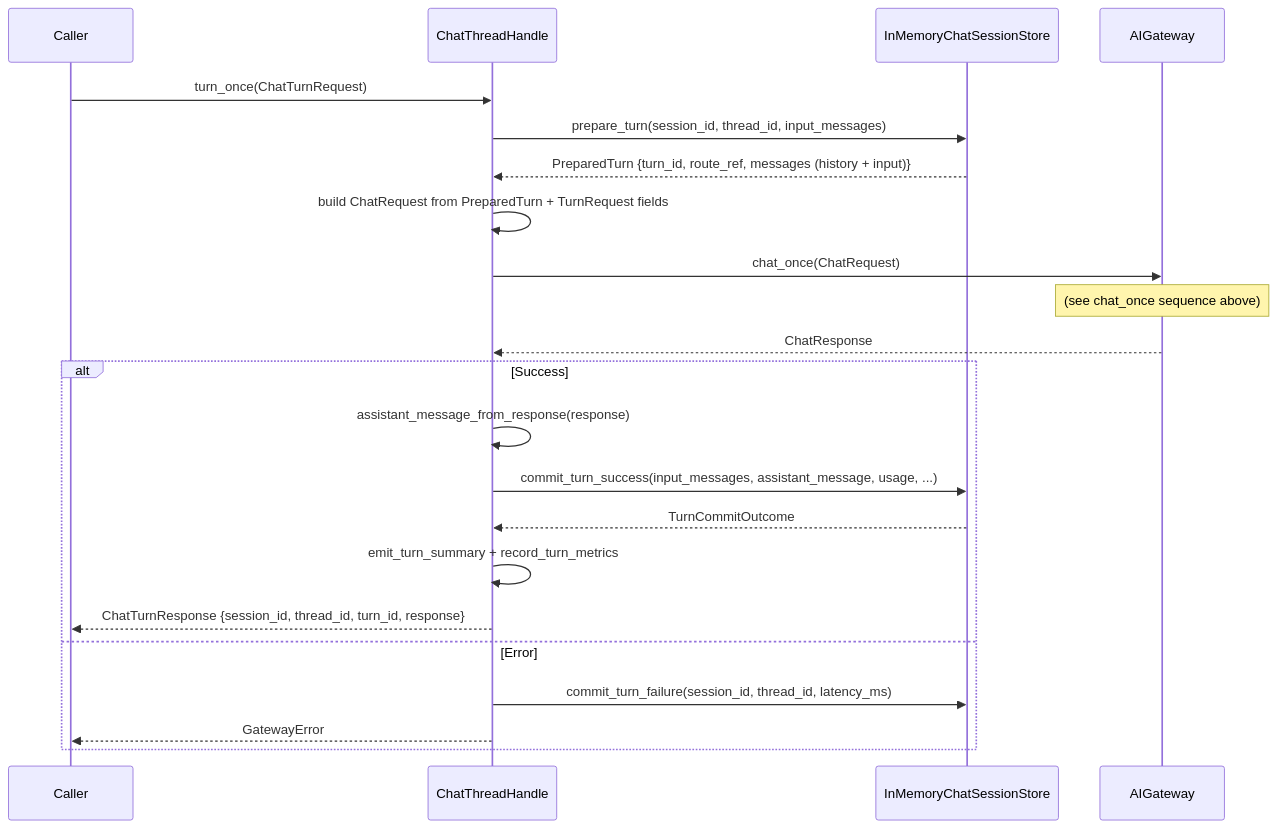
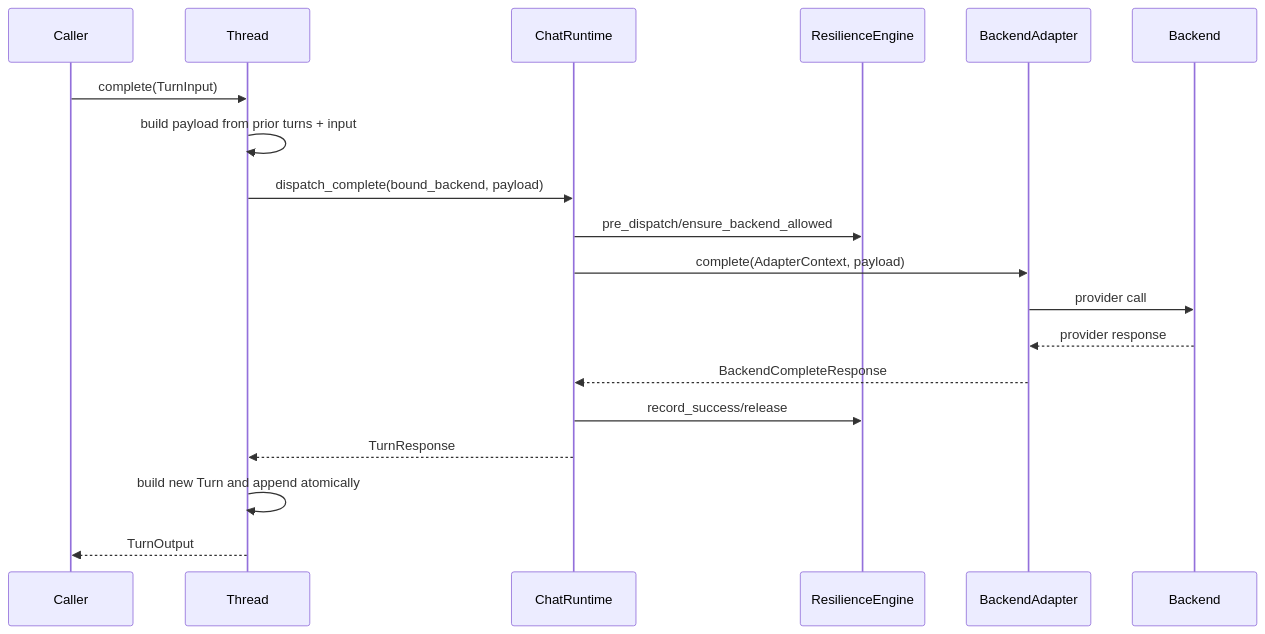
Before and after one commit to xiaoland/Beluna: the second of 4 diagrams in docs/modules/ai-gateway/chat-sequence.md, drawn with Mermaid. The commit also changed other lines of this file and 39 other files, not shown here.

````diff
--- a/docs/modules/ai-gateway/chat-sequence.md
+++ b/docs/modules/ai-gateway/chat-sequence.md
@@ -145,29 +23,22 @@
 ```mermaid
 sequenceDiagram
-    participant Caller as Caller
-    participant TH as ChatThreadHandle
-    participant Store as InMemoryChatSessionStore
-    participant GW as AIGateway
+    participant Caller
+    participant Thread
+    participant Runtime as ChatRuntime
+    participant Resilience as ResilienceEngine
+    participant Adapter as BackendAdapter
+    participant Backend
 
-    Caller->>TH: turn_once(ChatTurnRequest)
-
-    TH->>Store: prepare_turn(session_id, thread_id, input_messages)
-    Store-->>TH: PreparedTurn {turn_id, route_ref, messages (history + input)}
-
-    TH->>TH: build ChatRequest from PreparedTurn + TurnRequest fields
-
-    TH->>GW: chat_once(ChatRequest)
-    Note over GW: (see chat_once sequence above)
-    GW-->>TH: ChatResponse
-
-    alt Success
-        TH->>TH: assistant_message_from_response(response)
-        TH->>Store: commit_turn_success(input_messages, assistant_message, usage, ...)
-        Store-->>TH: TurnCommitOutcome
-        TH->>TH: emit_turn_summary + record_turn_metrics
-        TH-->>Caller: ChatTurnResponse {session_id, thread_id, turn_id, response}
-    else Error
-        TH->>Store: commit_turn_failure(session_id, thread_id, latency_ms)
-        TH-->>Caller: GatewayError
-    end
+    Caller->>Thread: complete(TurnInput)
+    Thread->>Thread: build payload from prior turns + input
+    Thread->>Runtime: dispatch_complete(bound_backend, payload)
+    Runtime->>Resilience: pre_dispatch/ensure_backend_allowed
+    Runtime->>Adapter: complete(AdapterContext, payload)
+    Adapter->>Backend: provider call
+    Backend-->>Adapter: provider response
+    Adapter-->>Runtime: BackendCompleteResponse
+    Runtime->>Resilience: record_success/release
+    Runtime-->>Thread: TurnResponse
+    Thread->>Thread: build new Turn and append atomically
+    Thread-->>Caller: TurnOutput
 ```
````
